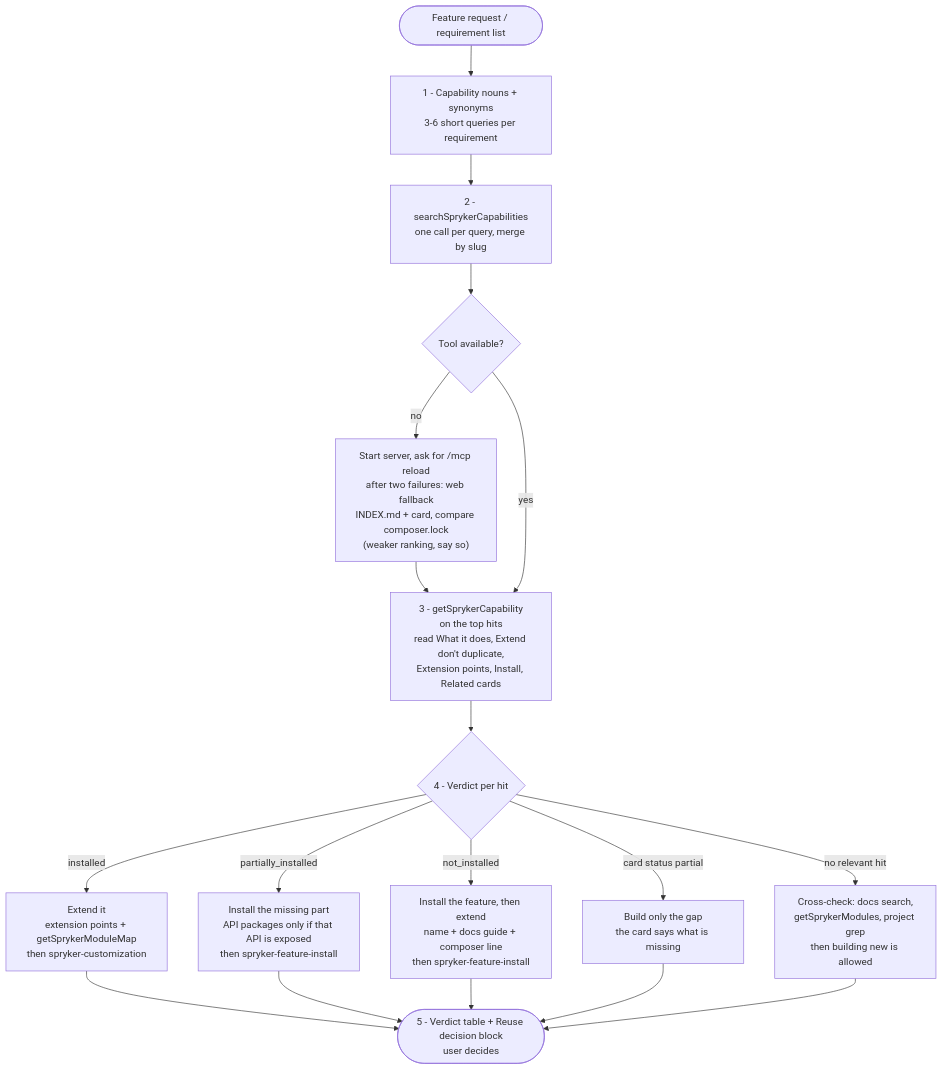
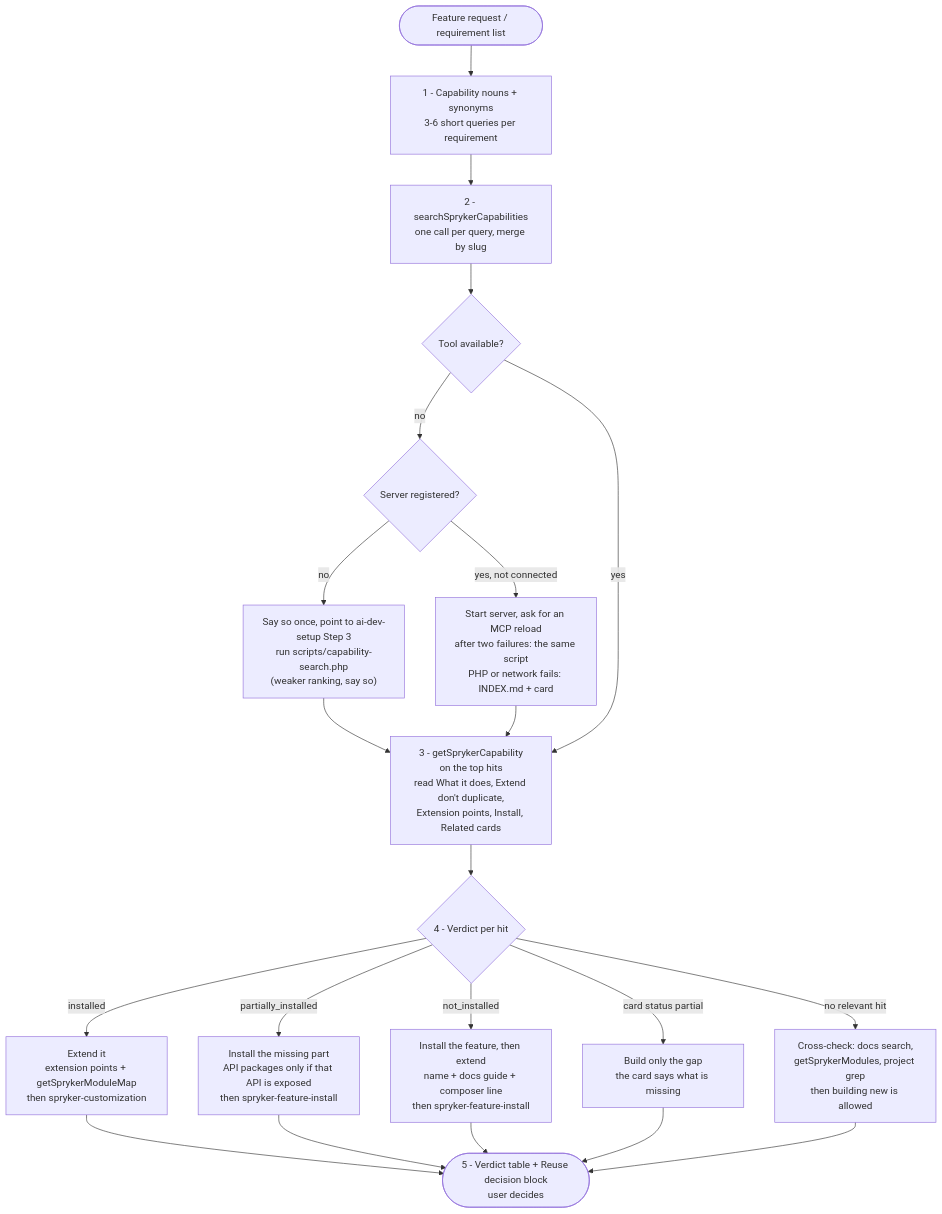
One commit to spryker-sdk/ai-dev changed the diagram in plugins/spryker-ai-dev-sdk/skills/find-existing-capability/README.md. Above: the diagram before and after it, drawn with Mermaid. The commit also changed other lines of this file and 14 other files, not shown here.

````diff
--- a/plugins/spryker-ai-dev-sdk/skills/find-existing-capability/README.md
+++ b/plugins/spryker-ai-dev-sdk/skills/find-existing-capability/README.md
@@ -15,19 +15,21 @@
 ```mermaid
 flowchart TD
     A([Feature request / requirement list]) --> B["1 - Capability nouns + synonyms<br/>3-6 short queries per requirement"]
     B --> C["2 - searchSprykerCapabilities<br/>one call per query, merge by slug"]
     C --> T{"Tool available?"}
-    T -- "no" --> T1["Start server, ask for /mcp reload<br/>after two failures: web fallback<br/>INDEX.md + card, compare composer.lock<br/>(weaker ranking, say so)"] --> D
+    T -- "no" --> T0{"Server registered?"}
+    T0 -- "no" --> T2["Say so once, point to ai-dev-setup Step 3<br/>run scripts/capability-search.php<br/>(weaker ranking, say so)"] --> D
+    T0 -- "yes, not connected" --> T1["Start server, ask for an MCP reload<br/>after two failures: the same script<br/>PHP or network fails: INDEX.md + card"] --> D
     T -- "yes" --> D["3 - getSprykerCapability<br/>on the top hits<br/>read What it does, Extend don't duplicate,<br/>Extension points, Install, Related cards"]
     D --> V{"4 - Verdict per hit"}
     V -- "installed" --> V1["Extend it<br/>extension points + getSprykerModuleMap<br/>then spryker-customization"]
     V -- "partially_installed" --> V2["Install the missing part<br/>API packages only if that API is exposed<br/>then spryker-feature-install"]
     V -- "not_installed" --> V3["Install the feature, then extend<br/>name + docs guide + composer line<br/>then spryker-feature-install"]
     V -- "card status partial" --> V4["Build only the gap<br/>the card says what is missing"]
     V -- "no relevant hit" --> V5["Cross-check: docs search,<br/>getSprykerModules, project grep<br/>then building new is allowed"]
     V1 --> R
     V2 --> R
     V3 --> R
     V4 --> R
     V5 --> R(["5 - Verdict table + Reuse decision block<br/>user decides"])
 ```
````
